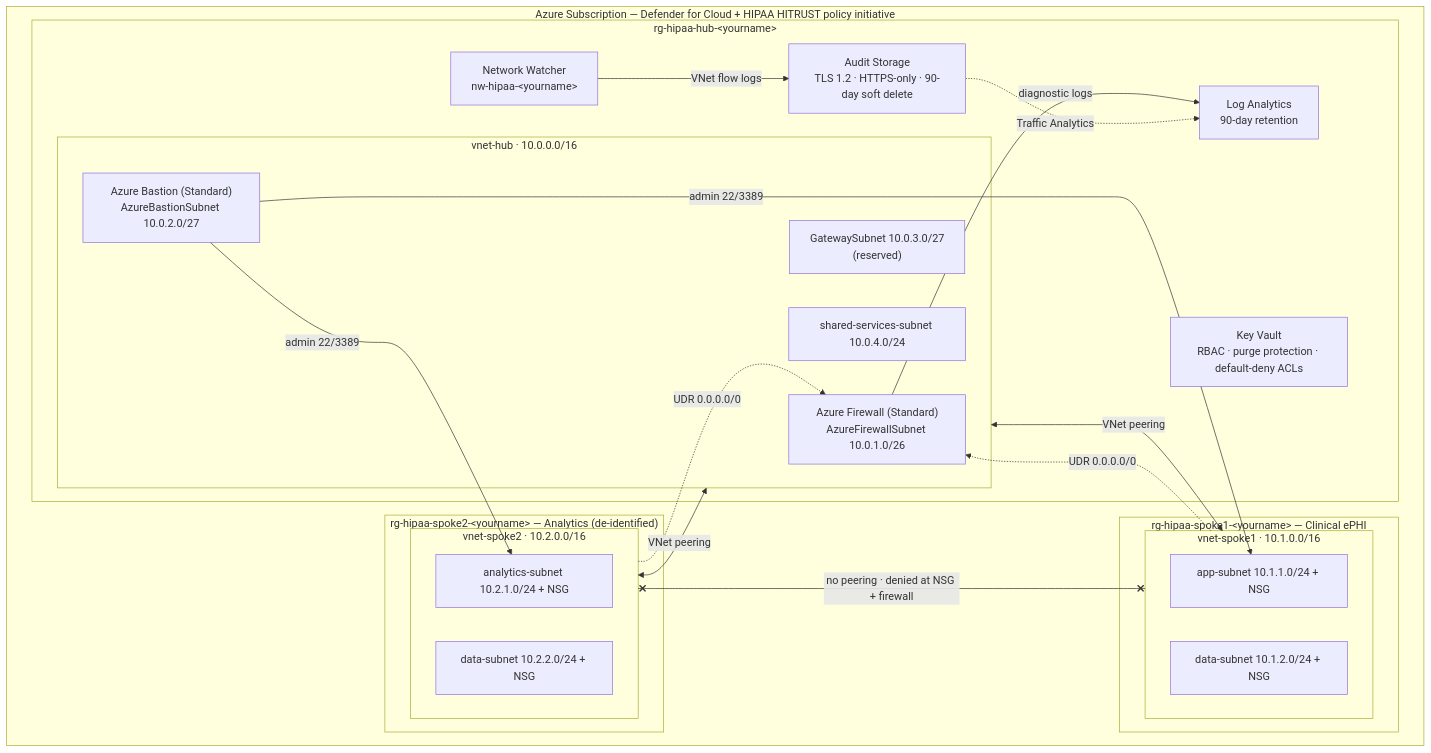
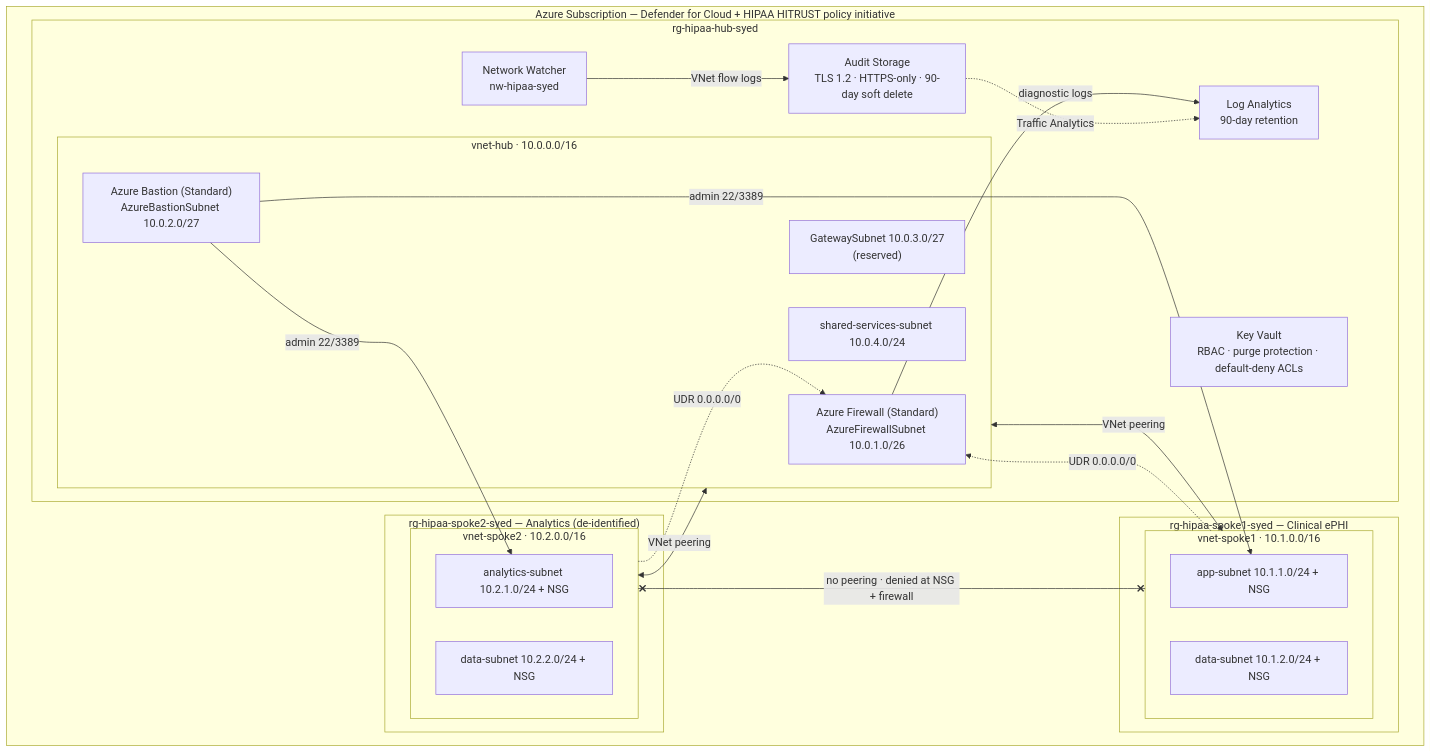
Before and after one commit to salmanshah4/HIPAA-Compliant-Hub-and-Spoke-Network: the diagram in README.md, drawn with Mermaid. The commit also changed other lines of this file, not shown here.

First line of the commit message:
Use 'syed' resource names throughout README

````diff
--- a/README.md
+++ b/README.md
@@ -54,40 +54,40 @@
 ```mermaid
 flowchart TB
     subgraph SUB["Azure Subscription — Defender for Cloud + HIPAA HITRUST policy initiative"]
-        subgraph HUBRG["rg-hipaa-hub-&lt;yourname&gt;"]
+        subgraph HUBRG["rg-hipaa-hub-syed"]
             subgraph HUB["vnet-hub · 10.0.0.0/16"]
                 FW["Azure Firewall (Standard)<br/>AzureFirewallSubnet 10.0.1.0/26"]
                 BAS["Azure Bastion (Standard)<br/>AzureBastionSubnet 10.0.2.0/27"]
                 GW["GatewaySubnet 10.0.3.0/27<br/>(reserved)"]
                 SS["shared-services-subnet 10.0.4.0/24"]
             end
             KV["Key Vault<br/>RBAC · purge protection · default-deny ACLs"]
             LAW["Log Analytics<br/>90-day retention"]
             ST["Audit Storage<br/>TLS 1.2 · HTTPS-only · 90-day soft delete"]
-            NW["Network Watcher<br/>nw-hipaa-&lt;yourname&gt;"]
+            NW["Network Watcher<br/>nw-hipaa-syed"]
         end
-        subgraph S1RG["rg-hipaa-spoke1-&lt;yourname&gt; — Clinical ePHI"]
+        subgraph S1RG["rg-hipaa-spoke1-syed — Clinical ePHI"]
             subgraph S1["vnet-spoke1 · 10.1.0.0/16"]
                 S1A["app-subnet 10.1.1.0/24 + NSG"]
                 S1D["data-subnet 10.1.2.0/24 + NSG"]
             end
         end
-        subgraph S2RG["rg-hipaa-spoke2-&lt;yourname&gt; — Analytics (de-identified)"]
+        subgraph S2RG["rg-hipaa-spoke2-syed — Analytics (de-identified)"]
             subgraph S2["vnet-spoke2 · 10.2.0.0/16"]
                 S2A["analytics-subnet 10.2.1.0/24 + NSG"]
                 S2D["data-subnet 10.2.2.0/24 + NSG"]
             end
         end
     end
 
     HUB <-->|"VNet peering"| S1
     HUB <-->|"VNet peering"| S2
     S1 -.->|"UDR 0.0.0.0/0"| FW
     S2 -.->|"UDR 0.0.0.0/0"| FW
     S1 x--x|"no peering · denied at NSG + firewall"| S2
     BAS -->|"admin 22/3389"| S1A
     BAS -->|"admin 22/3389"| S2A
     FW -->|"diagnostic logs"| LAW
     NW -->|"VNet flow logs"| ST
     ST -.->|"Traffic Analytics"| LAW
 ```
````
